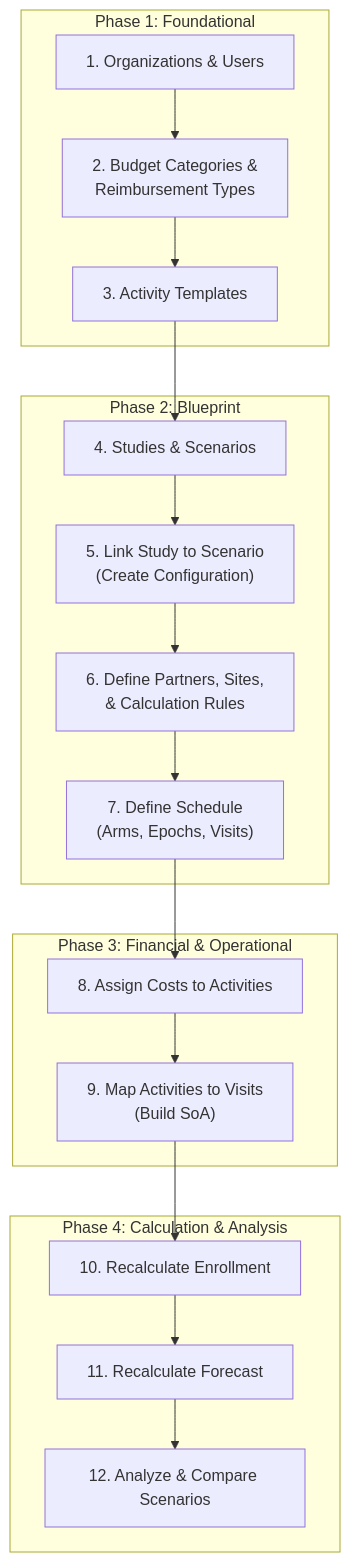
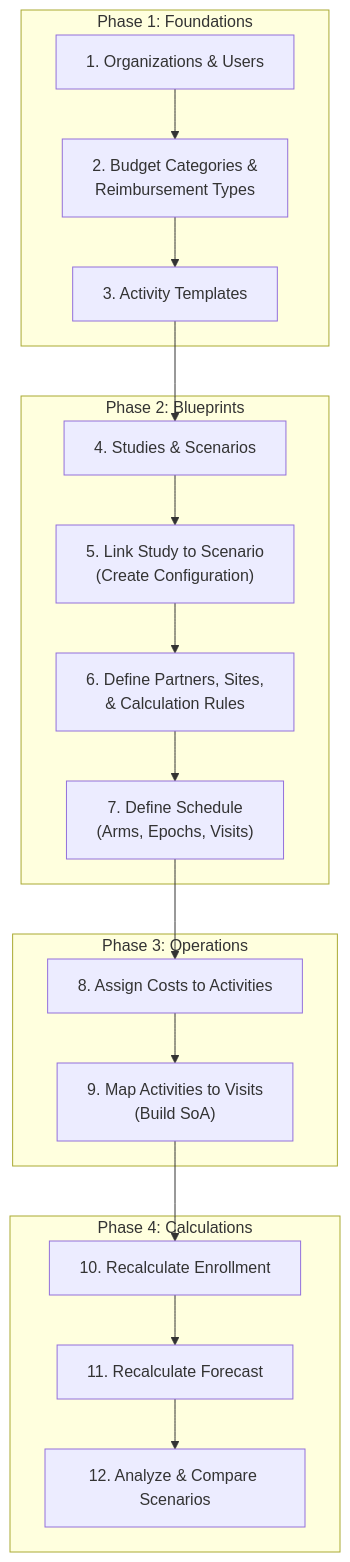
The second of 3 diagrams in README.md (ctfbio/ctfbio-ai), drawn with Mermaid before and after one commit.

````diff
--- a/README.md
+++ b/README.md
@@ -91,25 +91,25 @@
 ```mermaid
 graph TD
-    subgraph Phase 1: Foundational
+    subgraph Phase 1: Foundations
         A["1. Organizations & Users"] --> B["2. Budget Categories & <br>Reimbursement Types"];
         B --> C["3. Activity Templates"];
     end
     
-    subgraph Phase 2: Blueprint
+    subgraph Phase 2: Blueprints
         C --> D["4. Studies & Scenarios"];
         D --> E["5. Link Study to Scenario<br>(Create Configuration)"];
         E --> F["6. Define Partners, Sites,<br>& Calculation Rules"];
         F --> G["7. Define Schedule<br>(Arms, Epochs, Visits)"];
     end
     
-    subgraph Phase 3: Financial & Operational
+    subgraph Phase 3: Operations
         G --> H["8. Assign Costs to Activities"];
         H --> I["9. Map Activities to Visits<br>(Build SoA)"];
     end
 
-    subgraph Phase 4: Calculation & Analysis
+    subgraph Phase 4: Calculations
         I --> J["10. Recalculate Enrollment"];
         J --> K["11. Recalculate Forecast"];
         K --> L["12. Analyze & Compare Scenarios"];
     end
 ```
````
